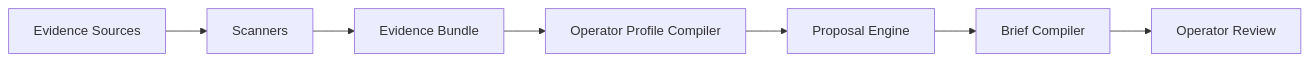
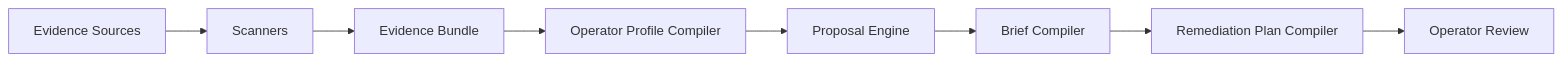
One commit to stefan-mcf/eva changed the first of 2 diagrams in docs/architecture.md. Above: the diagram before and after it, drawn with Mermaid. The commit also changed other lines of this file and 21 other files, not shown here.

````diff
--- a/docs/architecture.md
+++ b/docs/architecture.md
@@ -44,9 +45,10 @@
 ```mermaid
 graph LR
   A[Evidence Sources] --> B[Scanners]
   B --> C[Evidence Bundle]
   C --> D[Operator Profile Compiler]
   D --> E[Proposal Engine]
   E --> F[Brief Compiler]
-  F --> G[Operator Review]
+  F --> H[Remediation Plan Compiler]
+  H --> G[Operator Review]
 ```
````
